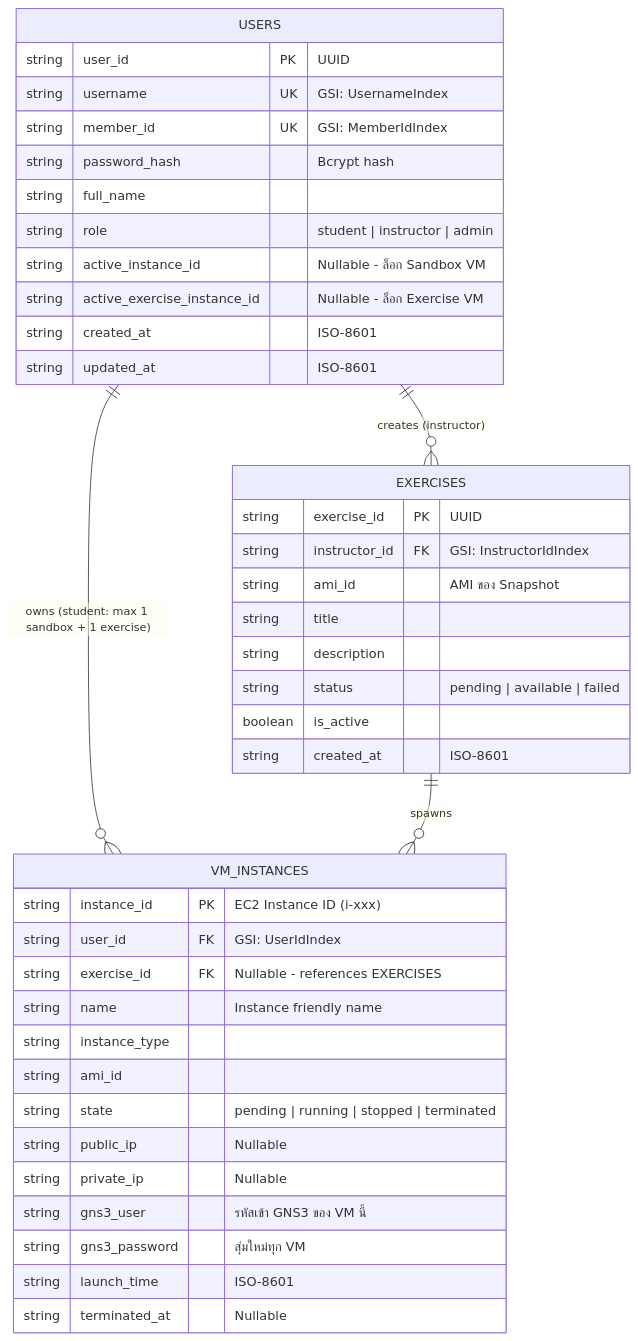
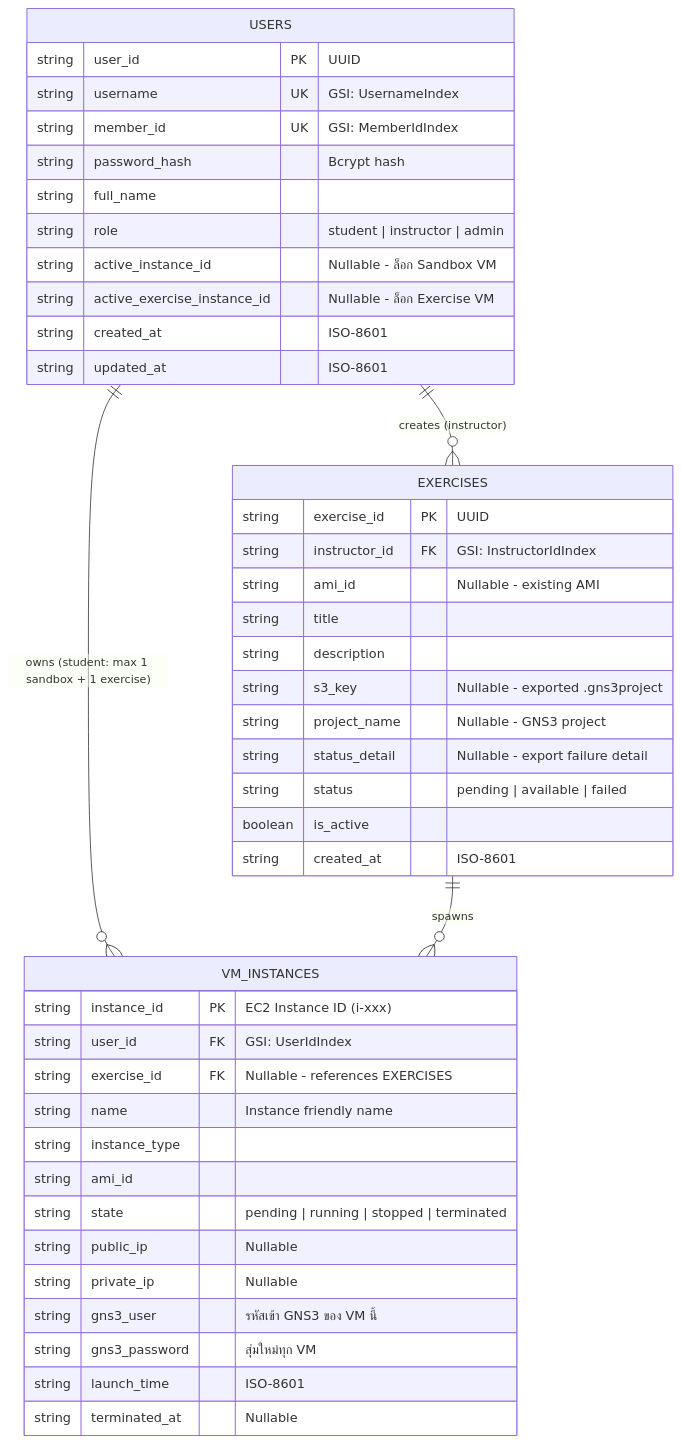
The diagram in backend/README.md (Kawaiiow/GNS3VM_Spawner), drawn with Mermaid before and after one commit. The commit also changed other lines of this file and 5 other files, not shown here.

````diff
--- a/backend/README.md
+++ b/backend/README.md
@@ -59,46 +60,49 @@
 ```mermaid
 erDiagram
     USERS {
         string user_id PK "UUID"
         string username UK "GSI: UsernameIndex"
         string member_id UK "GSI: MemberIdIndex"
         string password_hash "Bcrypt hash"
         string full_name
         string role "student | instructor | admin"
         string active_instance_id "Nullable - ล็อก Sandbox VM"
         string active_exercise_instance_id "Nullable - ล็อก Exercise VM"
         string created_at "ISO-8601"
         string updated_at "ISO-8601"
     }
 
     VM_INSTANCES {
         string instance_id PK "EC2 Instance ID (i-xxx)"
         string user_id FK "GSI: UserIdIndex"
         string exercise_id FK "Nullable - references EXERCISES"
         string name "Instance friendly name"
         string instance_type
         string ami_id
         string state "pending | running | stopped | terminated"
         string public_ip "Nullable"
         string private_ip "Nullable"
         string gns3_user "รหัสเข้า GNS3 ของ VM นี้"
         string gns3_password "สุ่มใหม่ทุก VM"
         string launch_time "ISO-8601"
         string terminated_at "Nullable"
     }
 
     EXERCISES {
         string exercise_id PK "UUID"
         string instructor_id FK "GSI: InstructorIdIndex"
-        string ami_id "AMI ของ Snapshot"
+        string ami_id "Nullable - existing AMI"
         string title
         string description
+        string s3_key "Nullable - exported .gns3project"
+        string project_name "Nullable - GNS3 project"
+        string status_detail "Nullable - export failure detail"
         string status "pending | available | failed"
         boolean is_active
         string created_at "ISO-8601"
     }
 
     USERS ||--o{ VM_INSTANCES : "owns (student: max 1 sandbox + 1 exercise)"
     USERS ||--o{ EXERCISES : "creates (instructor)"
     EXERCISES ||--o{ VM_INSTANCES : "spawns"
 ```
````
